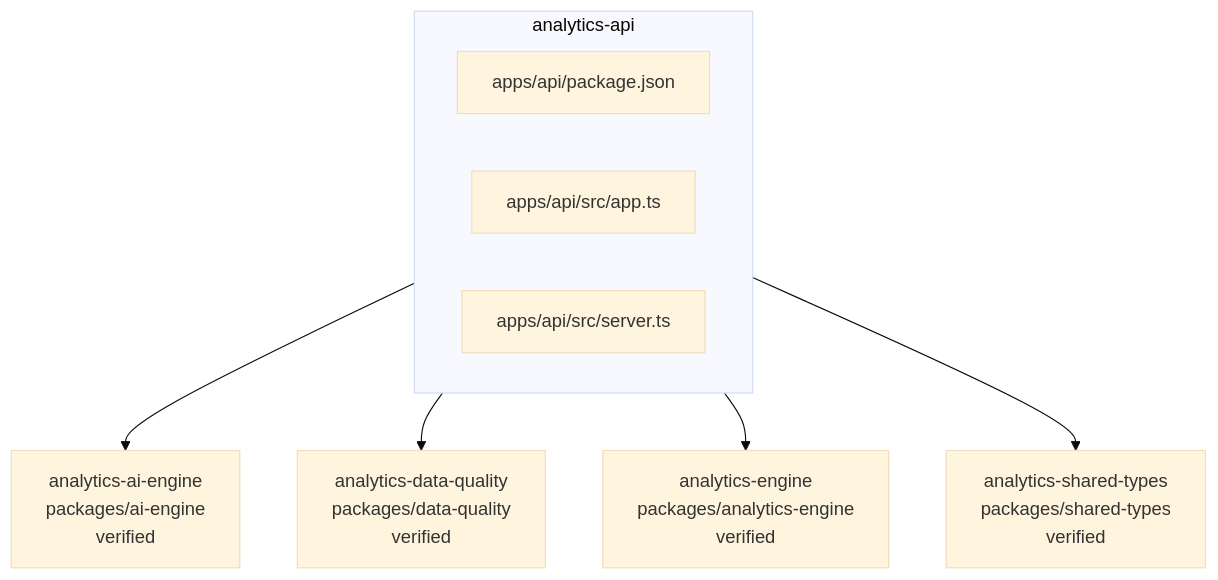
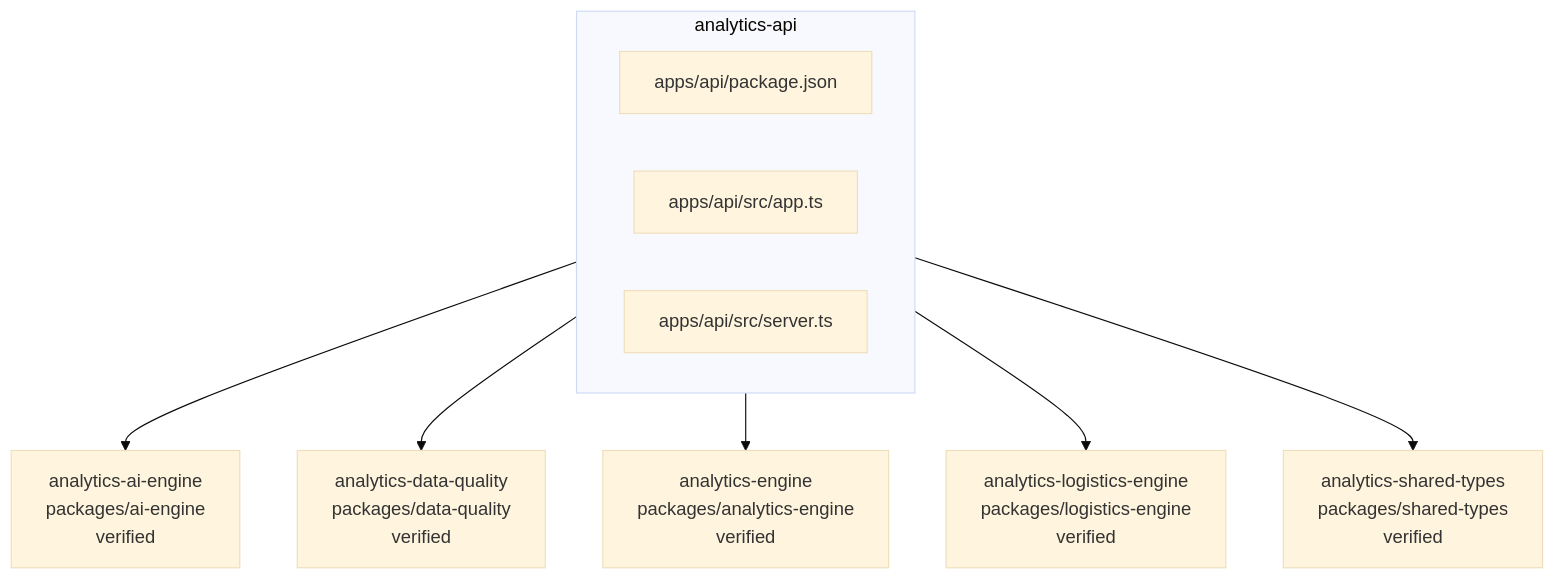
Before and after one commit to Islamce/kynox-logix: the diagram in .ai/diagrams/component-analytics-api.md, drawn with Mermaid (base theme). The commit also changed other lines of this file and 21 other files, not shown here.

Commit message:
chore(kaaf): regenerate architecture context

````diff
--- a/.ai/diagrams/component-analytics-api.md
+++ b/.ai/diagrams/component-analytics-api.md
@@ -7,16 +7,18 @@
 ```mermaid
 graph TB
   subgraph analytics_api_box["analytics-api"]
     ep_apps_api_package_json["apps/api/package.json"]
     ep_apps_api_src_app_ts["apps/api/src/app.ts"]
     ep_apps_api_src_server_ts["apps/api/src/server.ts"]
   end
   analytics_ai_engine["analytics-ai-engine<br/>packages/ai-engine<br/>verified"]
   analytics_api_box --> analytics_ai_engine
   analytics_data_quality["analytics-data-quality<br/>packages/data-quality<br/>verified"]
   analytics_api_box --> analytics_data_quality
   analytics_engine["analytics-engine<br/>packages/analytics-engine<br/>verified"]
   analytics_api_box --> analytics_engine
+  analytics_logistics_engine["analytics-logistics-engine<br/>packages/logistics-engine<br/>verified"]
+  analytics_api_box --> analytics_logistics_engine
   analytics_shared_types["analytics-shared-types<br/>packages/shared-types<br/>verified"]
   analytics_api_box --> analytics_shared_types
 ```
````
